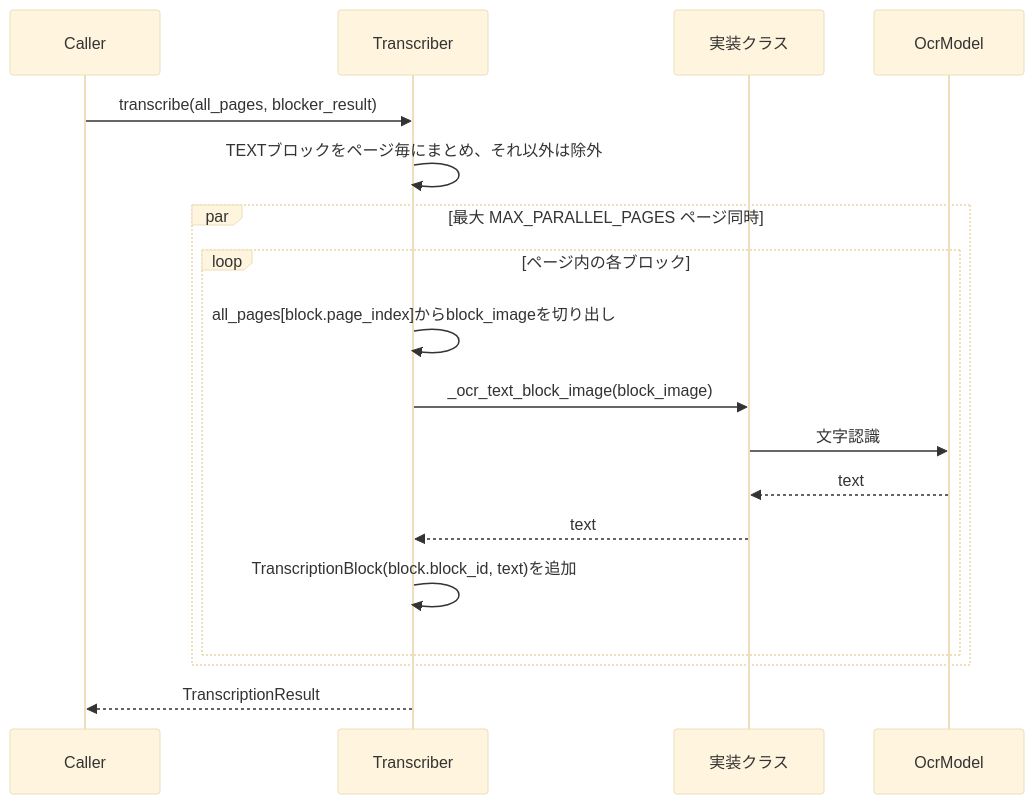
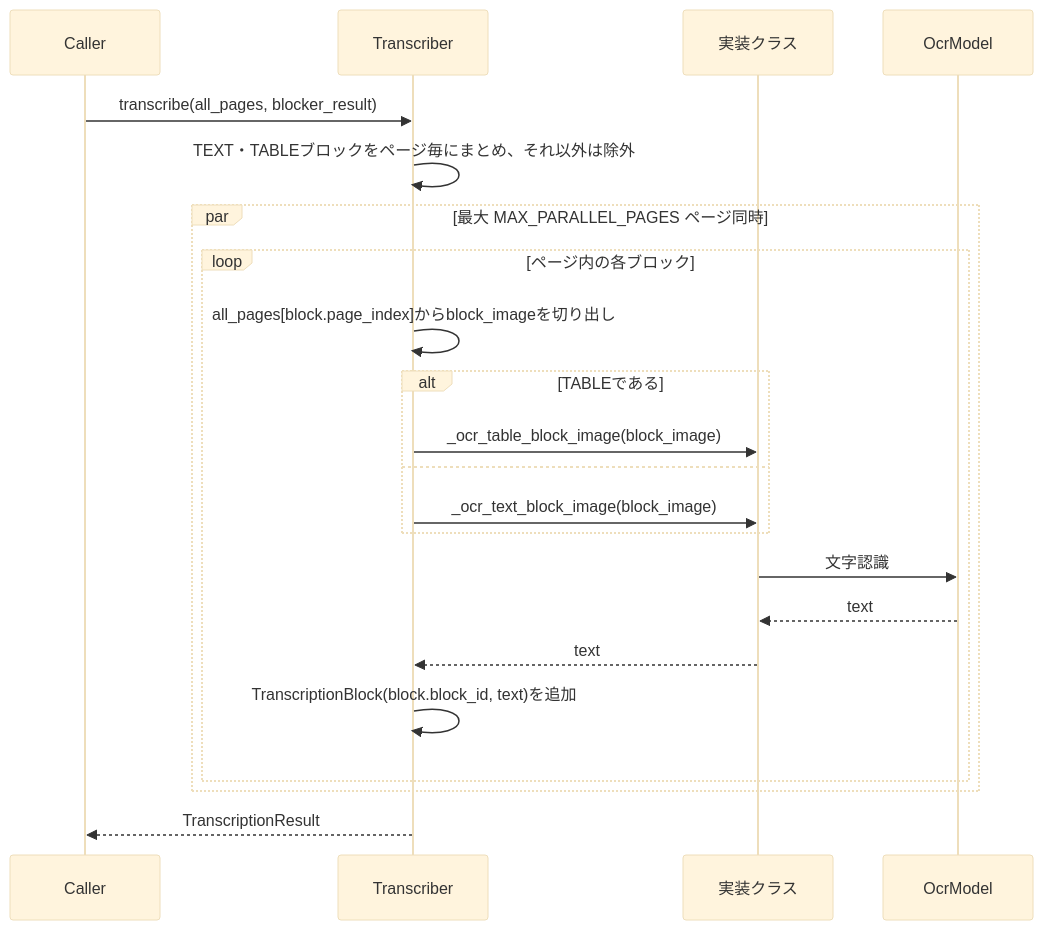
One commit to konbraphat51/SuperSuat changed the second of 2 diagrams in Uploader/OcrModule/Blocked/Docs/Transcriber.ja.md. Above: the diagram before and after it, drawn with Mermaid (base theme). The commit also changed other lines of this file and 2 other files, not shown here.

First line of the commit message:
feat: transcribe table blocks

````diff
--- a/Uploader/OcrModule/Blocked/Docs/Transcriber.ja.md
+++ b/Uploader/OcrModule/Blocked/Docs/Transcriber.ja.md
@@ -44,20 +50,24 @@
 ```mermaid
 sequenceDiagram
     participant Caller
     participant Transcriber
     participant 実装クラス
     participant OcrModel
     Caller->>Transcriber: transcribe(all_pages, blocker_result)
-    Transcriber->>Transcriber: TEXTブロックをページ毎にまとめ、それ以外は除外
+    Transcriber->>Transcriber: TEXT・TABLEブロックをページ毎にまとめ、それ以外は除外
     par 最大 MAX_PARALLEL_PAGES ページ同時
         loop ページ内の各ブロック
             Transcriber->>Transcriber: all_pages[block.page_index]からblock_imageを切り出し
-            Transcriber->>実装クラス: _ocr_text_block_image(block_image)
+            alt TABLEである
+                Transcriber->>実装クラス: _ocr_table_block_image(block_image)
+            else
+                Transcriber->>実装クラス: _ocr_text_block_image(block_image)
+            end
             実装クラス->>OcrModel: 文字認識
             OcrModel-->>実装クラス: text
             実装クラス-->>Transcriber: text
             Transcriber->>Transcriber: TranscriptionBlock(block.block_id, text)を追加
         end
     end
     Transcriber-->>Caller: TranscriptionResult
 ```
````
